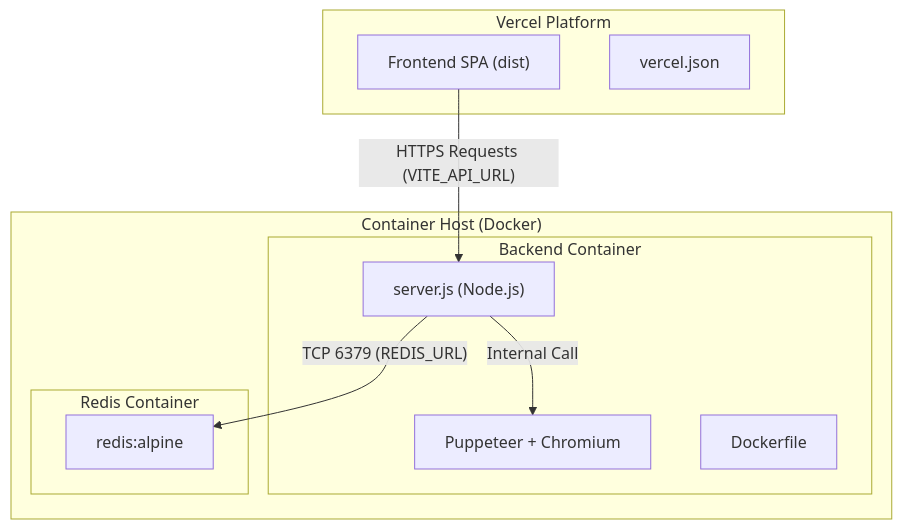
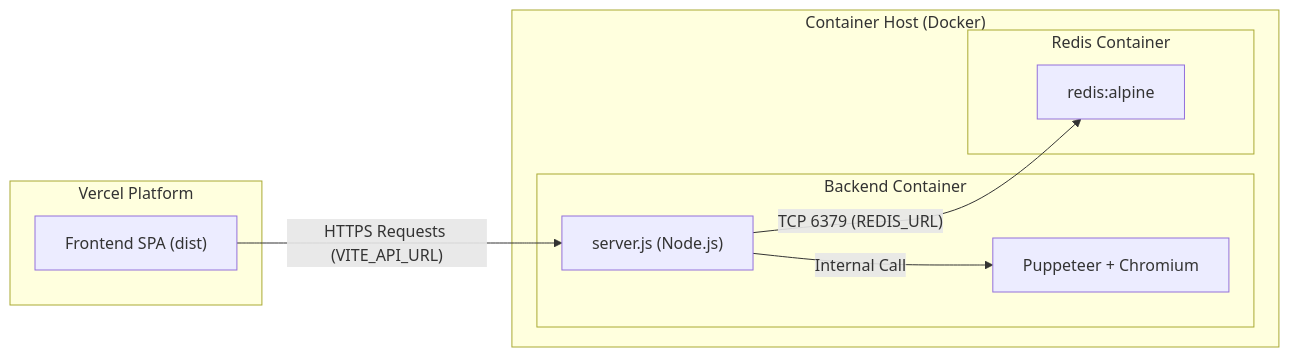
One commit to harshitzofficial/-HirePrep-AI changed the fifth of 16 diagrams in README.md. Above: the diagram before and after it, drawn with Mermaid. The commit also changed other lines of this file, not shown here.

````diff
--- a/README.md
+++ b/README.md
@@ -409,23 +455,20 @@
 ```mermaid
-graph TD
+graph LR
     subgraph "Vercel Platform"
         FE["Frontend SPA (dist)"]
-        VJ["vercel.json"]
     end
- 
+
     subgraph "Container Host (Docker)"
         subgraph "Backend Container"
             SVR["server.js (Node.js)"]
             PUP["Puppeteer + Chromium"]
-            DF["Dockerfile"]
         end
- 
         subgraph "Redis Container"
-            RD["redis:alpine"]
+            RDS["redis:alpine"]
         end
     end
- 
+
     FE -- "HTTPS Requests (VITE_API_URL)" --> SVR
-    SVR -- "TCP 6379 (REDIS_URL)" --> RD
+    SVR -- "TCP 6379 (REDIS_URL)" --> RDS
     SVR -- "Internal Call" --> PUP
 ```
````
